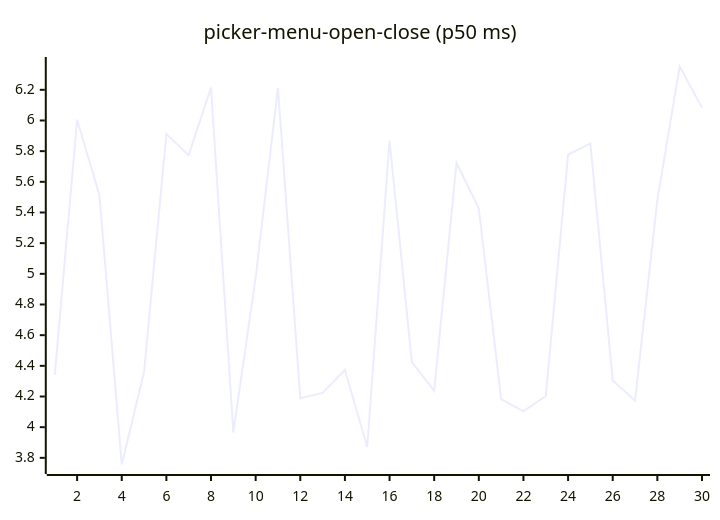
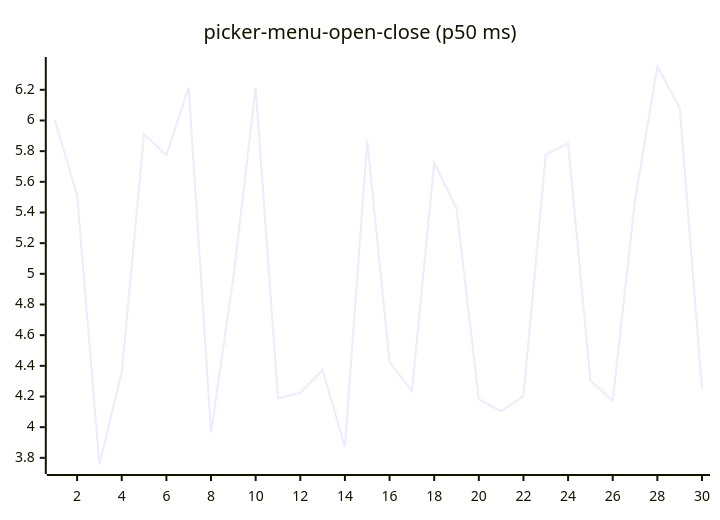
Diagram 16 of 27 in README.md (josha/Facet), drawn with Mermaid before and after one commit. The commit also changed other lines of this file and 2 other files, not shown here.

````diff
--- a/README.md
+++ b/README.md
@@ -168,6 +168,6 @@
 ```mermaid
 xychart-beta
     title "picker-menu-open-close (p50 ms)"
     x-axis 1 --> 30
-    line [4.3416, 6.0052, 5.5122, 3.7566, 4.3593, 5.9114, 5.7740, 6.2151, 3.9652, 4.9760, 6.2132, 4.1891, 4.2236, 4.3733, 3.8708, 5.8694, 4.4248, 4.2362, 5.7230, 5.4264, 4.1828, 4.1028, 4.2034, 5.7775, 5.8503, 4.3049, 4.1731, 5.4814, 6.3520, 6.0839]
+    line [6.0052, 5.5122, 3.7566, 4.3593, 5.9114, 5.7740, 6.2151, 3.9652, 4.9760, 6.2132, 4.1891, 4.2236, 4.3733, 3.8708, 5.8694, 4.4248, 4.2362, 5.7230, 5.4264, 4.1828, 4.1028, 4.2034, 5.7775, 5.8503, 4.3049, 4.1731, 5.4814, 6.3520, 6.0839, 4.2522]
 ```
````
